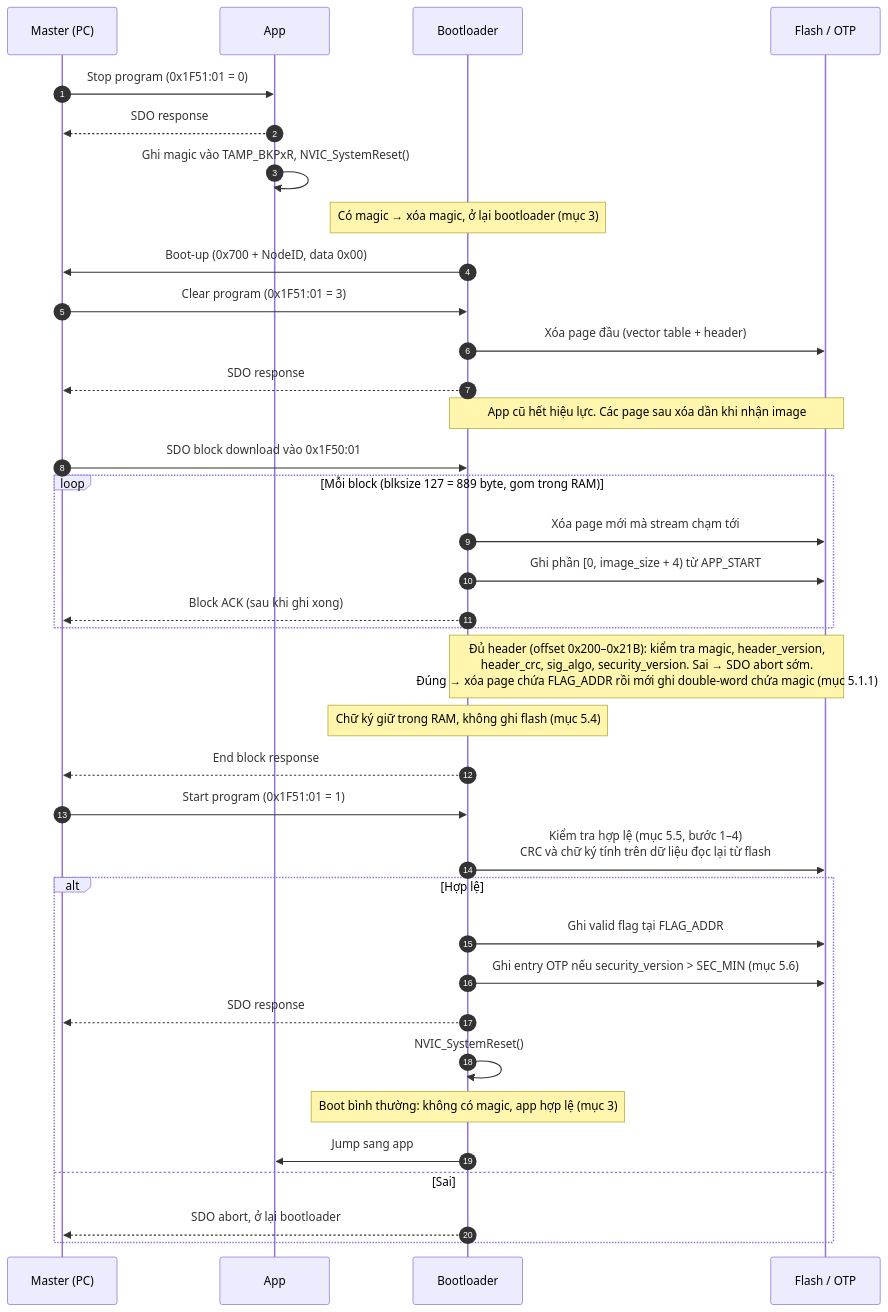
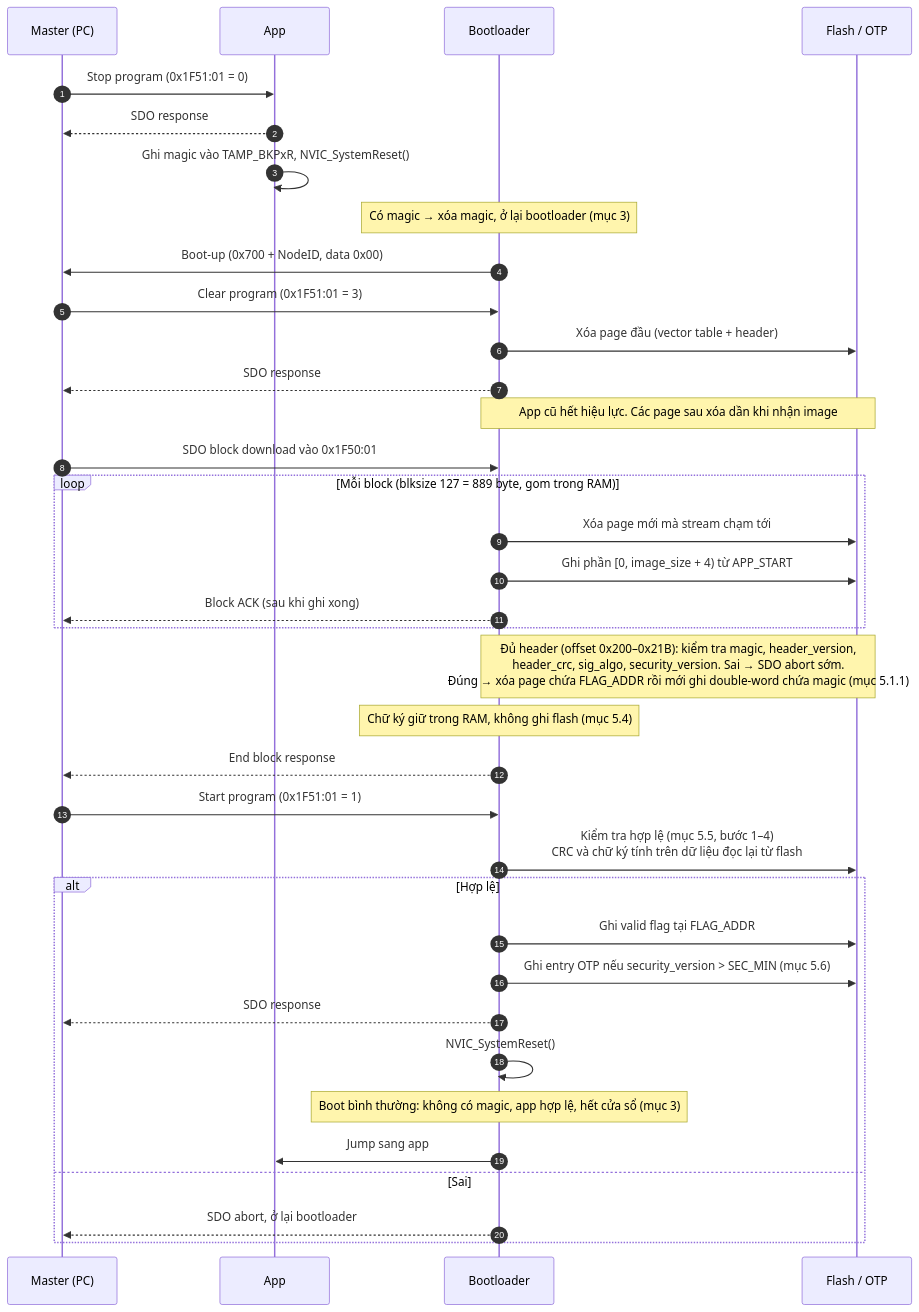
The third of 5 diagrams in docs/design.md (linh97abc/stm32_canopen_bootloader), drawn with Mermaid before and after one commit. The commit also changed other lines of this file and 15 other files, not shown here.

First line of the commit message:
Thêm cửa sổ cứu node lúc boot

````diff
--- a/docs/design.md
+++ b/docs/design.md
@@ -80,42 +177,42 @@
 ```mermaid
 sequenceDiagram
     autonumber
     participant M as Master (PC)
     participant A as App
     participant B as Bootloader
     participant F as Flash / OTP
 
     M->>A: Stop program (0x1F51:01 = 0)
     A-->>M: SDO response
     A->>A: Ghi magic vào TAMP_BKPxR, NVIC_SystemReset()
     Note over B: Có magic → xóa magic, ở lại bootloader (mục 3)
     B->>M: Boot-up (0x700 + NodeID, data 0x00)
 
     M->>B: Clear program (0x1F51:01 = 3)
     B->>F: Xóa page đầu (vector table + header)
     B-->>M: SDO response
     Note over B,F: App cũ hết hiệu lực. Các page sau xóa dần khi nhận image
 
     M->>B: SDO block download vào 0x1F50:01
     loop Mỗi block (blksize 127 = 889 byte, gom trong RAM)
         B->>F: Xóa page mới mà stream chạm tới
         B->>F: Ghi phần [0, image_size + 4) từ APP_START
         B-->>M: Block ACK (sau khi ghi xong)
     end
     Note over B,F: Đủ header (offset 0x200–0x21B): kiểm tra magic, header_version,<br/>header_crc, sig_algo, security_version. Sai → SDO abort sớm.<br/>Đúng → xóa page chứa FLAG_ADDR rồi mới ghi double-word chứa magic (mục 5.1.1)
     Note over B: Chữ ký giữ trong RAM, không ghi flash (mục 5.4)
     B-->>M: End block response
 
     M->>B: Start program (0x1F51:01 = 1)
     B->>F: Kiểm tra hợp lệ (mục 5.5, bước 1–4)<br/>CRC và chữ ký tính trên dữ liệu đọc lại từ flash
     alt Hợp lệ
         B->>F: Ghi valid flag tại FLAG_ADDR
         B->>F: Ghi entry OTP nếu security_version > SEC_MIN (mục 5.6)
         B-->>M: SDO response
         B->>B: NVIC_SystemReset()
-        Note over B: Boot bình thường: không có magic, app hợp lệ (mục 3)
+        Note over B: Boot bình thường: không có magic, app hợp lệ, hết cửa sổ (mục 3)
         B->>A: Jump sang app
     else Sai
         B-->>M: SDO abort, ở lại bootloader
     end
 ```
````
